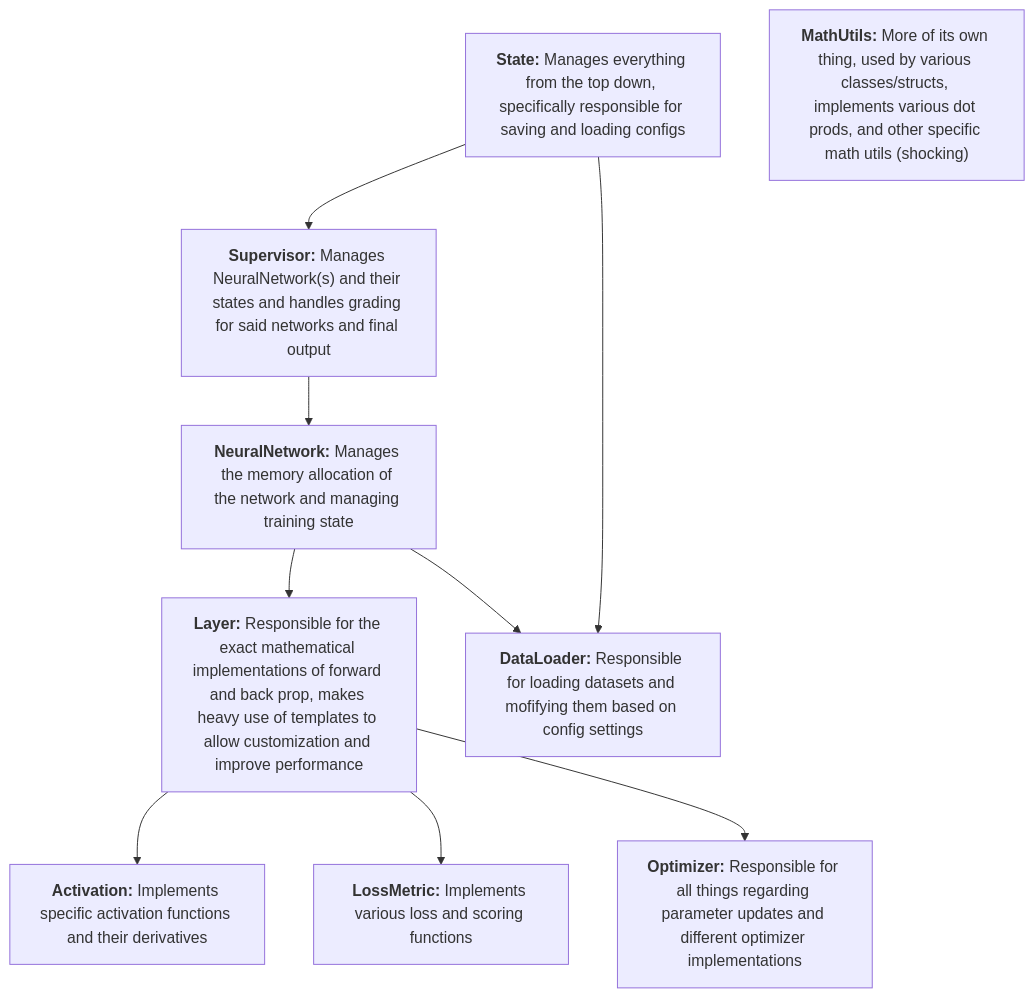
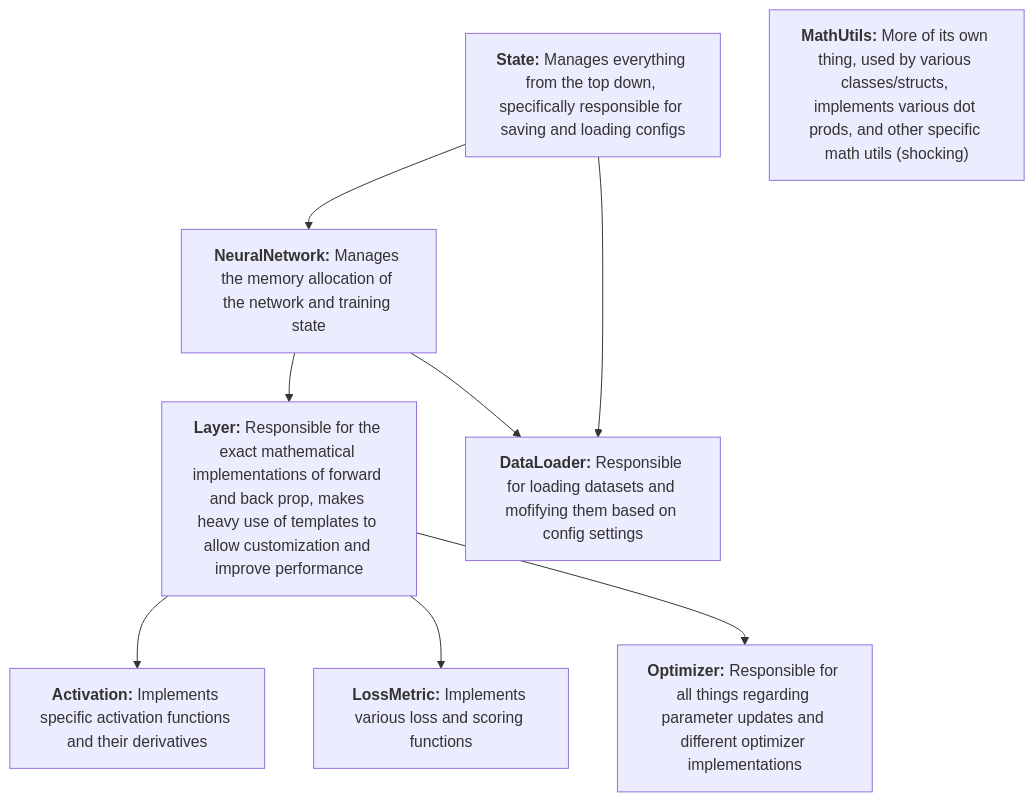
One commit to Joey574/MLEngine changed the diagram in README.md. Above: the diagram before and after it, drawn with Mermaid. The commit also changed 18 other files, not shown here.

````diff
--- a/README.md
+++ b/README.md
@@ -39,32 +39,28 @@
 ```mermaid
 flowchart TD
     state["`**State:** Manages everything from the top down, specifically responsible for saving and loading configs`"]
 
-    supervisor["`**Supervisor:** Manages NeuralNetwork(s) and their states and handles grading for said networks and final output`"]
-
-    nn["`**NeuralNetwork:** Manages the memory allocation of the network and managing training state`"]
+    nn["`**NeuralNetwork:** Manages the memory allocation of the network and training state`"]
 
     layer["`**Layer:** Responsible for the exact mathematical implementations of forward and back prop, makes heavy use of templates to allow customization and improve performance`"]
 
     dataload["`**DataLoader:** Responsible for loading datasets and mofifying them based on config settings`"]
 
     actv["`**Activation:** Implements specific activation functions and their derivatives`"]
 
     lossmetric["`**LossMetric:** Implements various loss and scoring functions`"]
 
     optimizer["`**Optimizer:** Responsible for all things regarding parameter updates and different optimizer implementations`"]
 
     mathutils["`**MathUtils:** More of its own thing, used by various classes/structs, implements various dot prods, and other specific math utils (shocking)`"]
 
-    state-->supervisor
+    state-->nn
     state-->dataload
-
-    supervisor-->nn
 
     nn-->layer
     nn-->dataload
 
     layer-->actv
     layer-->lossmetric
     layer-->optimizer
 ```
````
